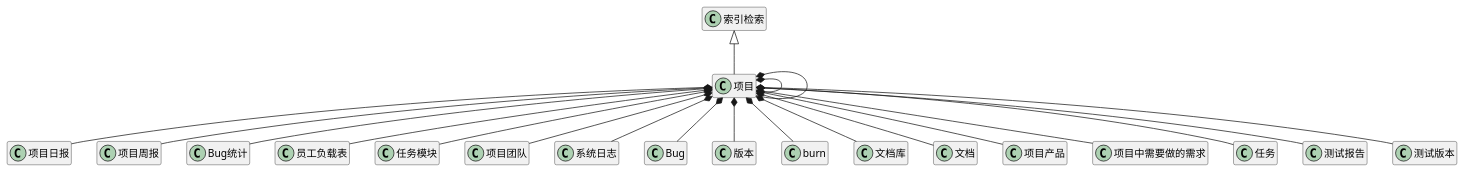
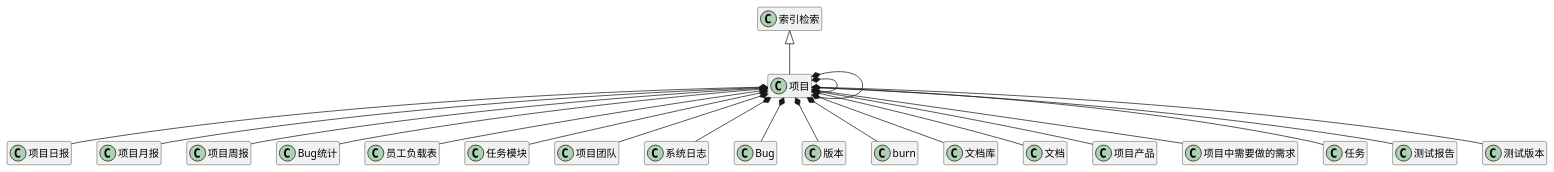
The first of 15 diagrams in ibizpms-docs/src/main/doc/v1/module/zentao/Project_old.md (zj335841911/nt_chandao), drawn with PlantUML before and after one commit. The commit also changed 67 other files, not shown here.

```diff
--- a/ibizpms-docs/src/main/doc/v1/module/zentao/Project_old.md
+++ b/ibizpms-docs/src/main/doc/v1/module/zentao/Project_old.md
@@ -6,23 +6,24 @@
 {% plantuml %}
 项目 *-- 项目日报 
+项目 *-- 项目月报 
 项目 *-- 项目周报 
 项目 *-- Bug统计 
 项目 *-- 员工负载表 
 项目 *-- 任务模块 
 项目 *-- 项目团队 
 项目 *-- 系统日志 
 项目 *-- Bug 
 项目 *-- 版本 
 项目 *-- burn 
 项目 *-- 文档库 
 项目 *-- 文档 
 项目 *-- 项目产品 
 项目 *-- 项目中需要做的需求 
 项目 *-- 任务 
 项目 *-- 测试报告 
 项目 *-- 测试版本 
 项目 *-- 项目 
 项目 *-- 项目 
 索引检索 <|-- 项目 
 hide members
 {% endplantuml %}
```
